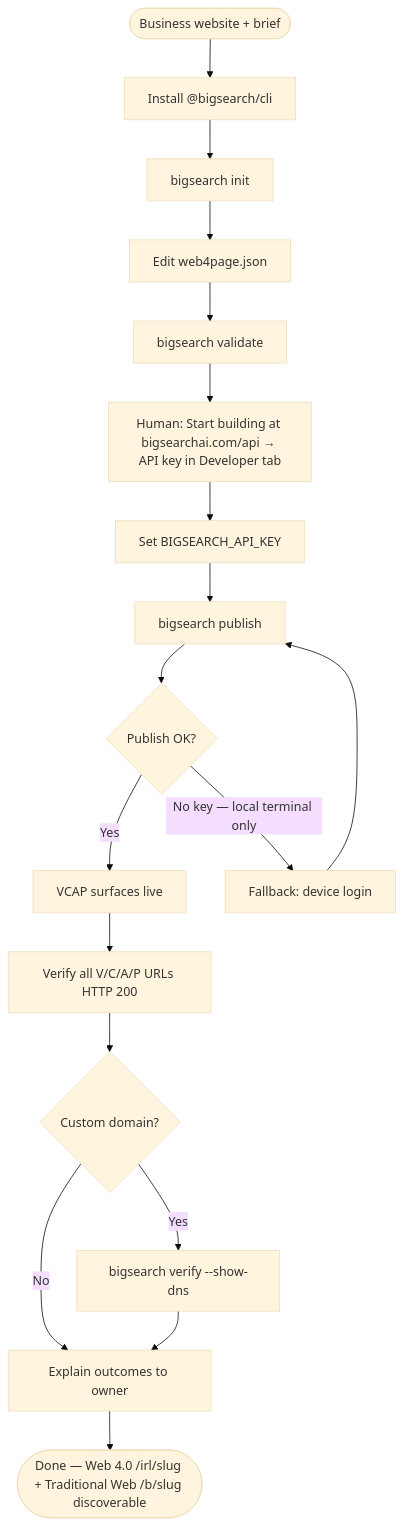
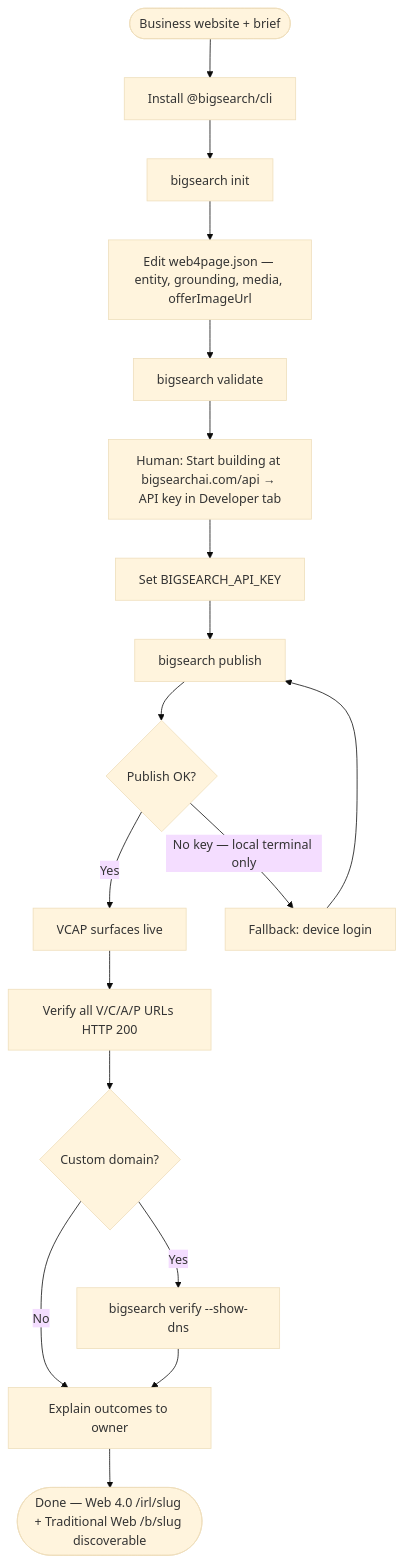
One commit to gridnet-ai/publishtoai-cursor-plugin changed the diagram in skills/bigsearch-irl/SKILL.md. Above: the diagram before and after it, drawn with Mermaid (base theme). The commit also changed other lines of this file, not shown here.

First line of the commit message:
feat(skill): document web4page media + offerImageUrl for styled IRL publish

````diff
--- a/skills/bigsearch-irl/SKILL.md
+++ b/skills/bigsearch-irl/SKILL.md
@@ -25,20 +25,20 @@
 ```mermaid
 flowchart TB
   A([Business website + brief]) --> B[Install @bigsearch/cli]
   B --> C[bigsearch init]
-  C --> D[Edit web4page.json]
+  C --> D[Edit web4page.json — entity, grounding, media, offerImageUrl]
   D --> E[bigsearch validate]
   E --> F[Human: Start building at bigsearchai.com/api → API key in Developer tab]
   F --> G[Set BIGSEARCH_API_KEY]
   G --> H[bigsearch publish]
   H --> I{Publish OK?}
   I -->|Yes| J[VCAP surfaces live]
   I -->|No key — local terminal only| K[Fallback: device login]
   K --> H
   J --> L[Verify all V/C/A/P URLs HTTP 200]
   L --> M{Custom domain?}
   M -->|Yes| N[bigsearch verify --show-dns]
   M -->|No| O[Explain outcomes to owner]
   N --> O
   O --> P([Done — Web 4.0 /irl/slug + Traditional Web /b/slug discoverable])
 ```
````
